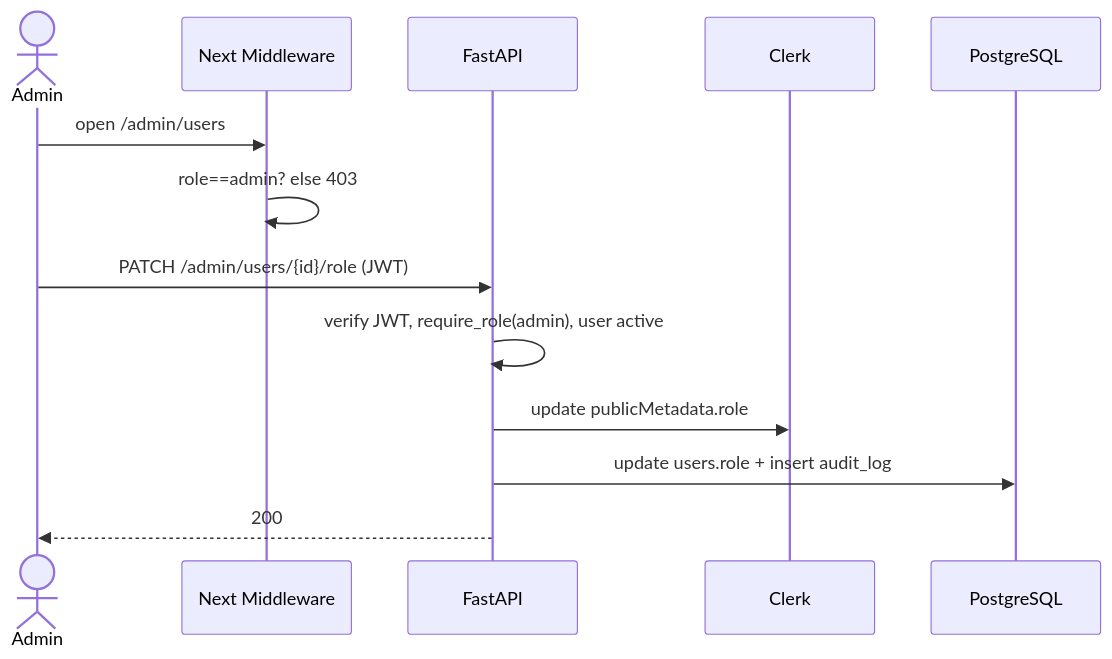
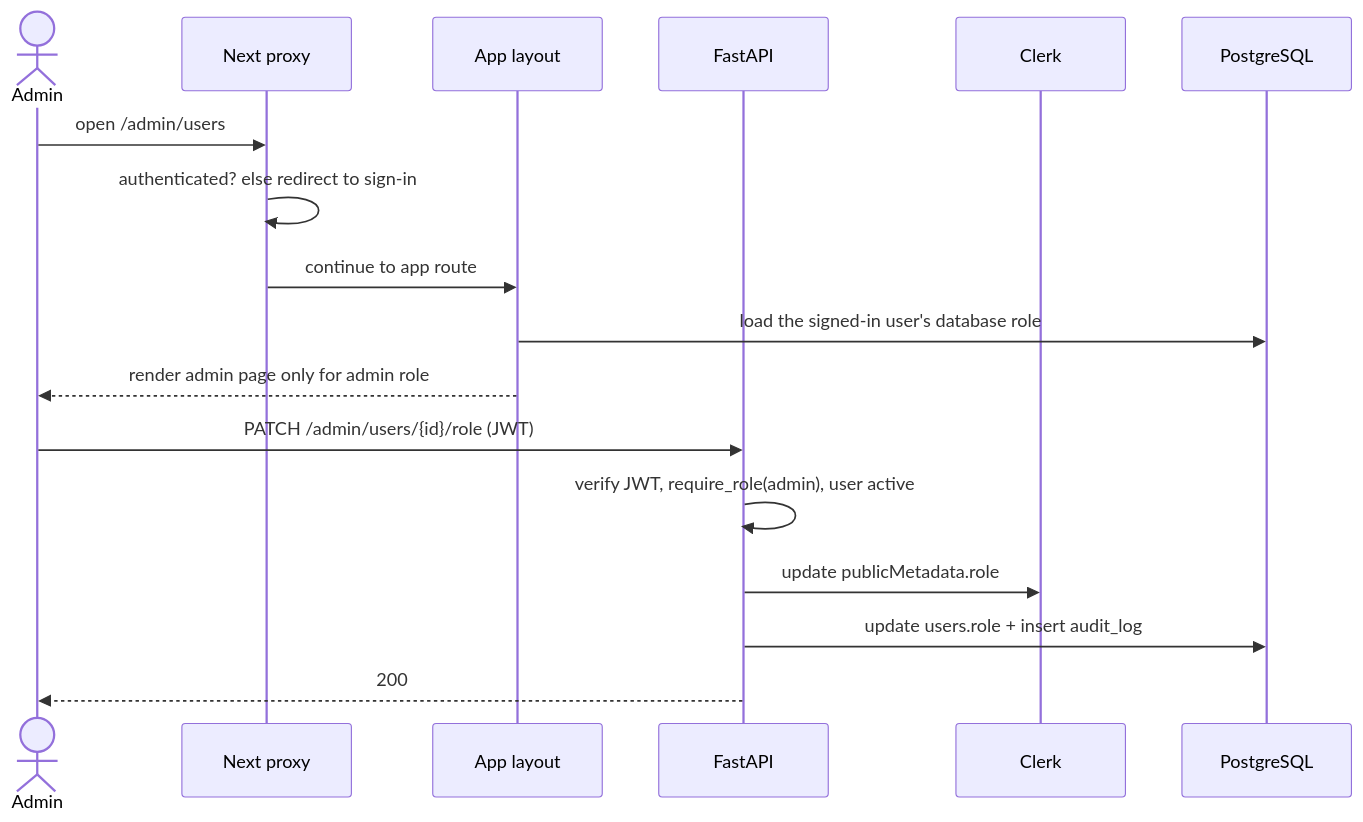
The fourth of 6 diagrams in Docs/System_Design.md (Silicon-Brains/SBUniversity), drawn with Mermaid before and after one commit. The commit also changed other lines of this file and 41 other files, not shown here.

````diff
--- a/Docs/System_Design.md
+++ b/Docs/System_Design.md
@@ -209,15 +215,19 @@
 ```mermaid
 sequenceDiagram
   actor Ad as Admin
-  participant MW as Next Middleware
+  participant MW as Next proxy
+  participant L as App layout
   participant A as FastAPI
   participant C as Clerk
   participant D as PostgreSQL
   Ad->>MW: open /admin/users
-  MW->>MW: role==admin? else 403
+  MW->>MW: authenticated? else redirect to sign-in
+  MW->>L: continue to app route
+  L->>D: load the signed-in user's database role
+  L-->>Ad: render admin page only for admin role
   Ad->>A: PATCH /admin/users/{id}/role (JWT)
   A->>A: verify JWT, require_role(admin), user active
   A->>C: update publicMetadata.role
   A->>D: update users.role + insert audit_log
   A-->>Ad: 200
 ```
````
